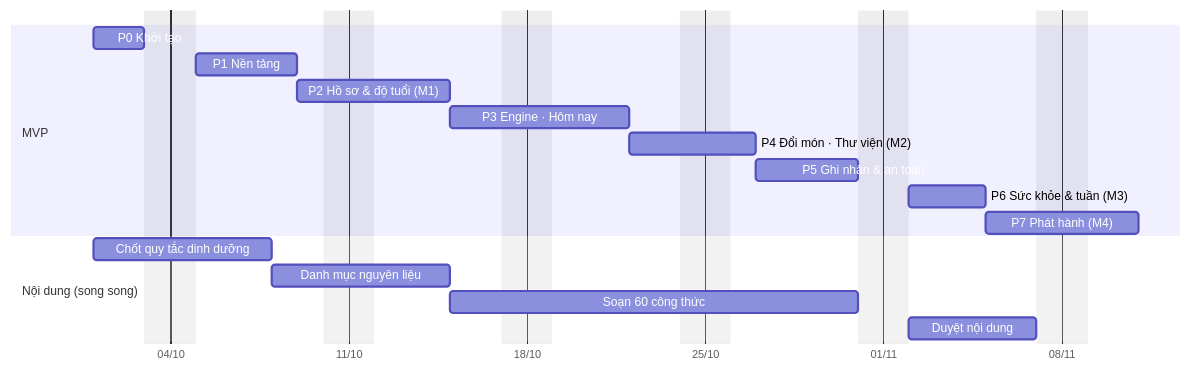
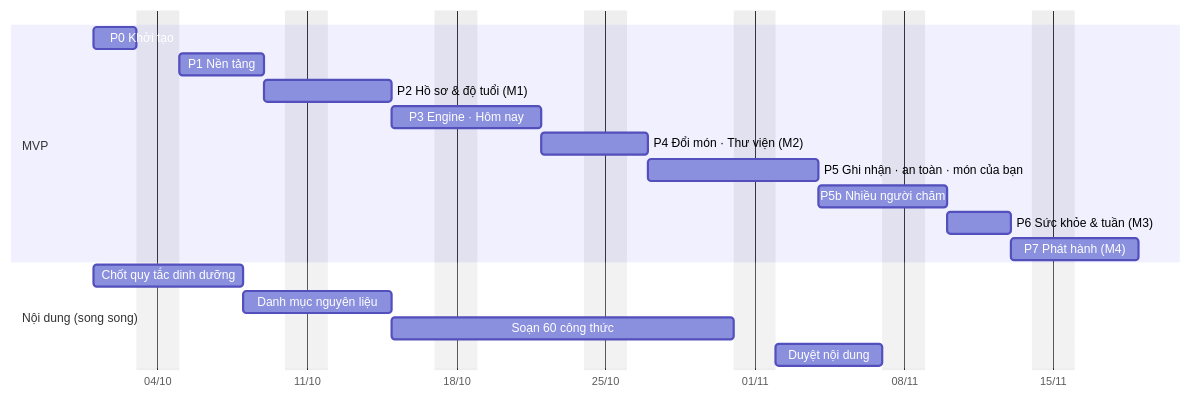
Before and after one commit to tuanpham197/andam: the diagram in docs/02-ke-hoach-trien-khai.md, drawn with Mermaid. The commit also changed other lines of this file and 195 other files, not shown here.

First line of the commit message:
P5 + P5b: meal logging, safety, "Món của bạn", several caregivers

````diff
--- a/docs/02-ke-hoach-trien-khai.md
+++ b/docs/02-ke-hoach-trien-khai.md
@@ -62,20 +64,21 @@
 ```mermaid
 gantt
   dateFormat YYYY-MM-DD
   axisFormat %d/%m
   excludes weekends
   section MVP
   P0 Khởi tạo              :p0, 2026-10-01, 2d
   P1 Nền tảng              :p1, after p0, 4d
   P2 Hồ sơ & độ tuổi (M1)  :p2, after p1, 4d
   P3 Engine · Hôm nay      :p3, after p2, 5d
   P4 Đổi món · Thư viện (M2) :p4, after p3, 3d
-  P5 Ghi nhận & an toàn    :p5, after p4, 4d
-  P6 Sức khỏe & tuần (M3)  :p6, after p5, 3d
+  P5 Ghi nhận · an toàn · món của bạn :p5, after p4, 6d
+  P5b Nhiều người chăm     :p5b, after p5, 4d
+  P6 Sức khỏe & tuần (M3)  :p6, after p5b, 3d
   P7 Phát hành (M4)        :p7, after p6, 4d
   section Nội dung (song song)
   Chốt quy tắc dinh dưỡng  :c0, 2026-10-01, 5d
   Danh mục nguyên liệu     :c1, after c0, 5d
   Soạn 60 công thức        :c2, after c1, 12d
   Duyệt nội dung           :c3, after c2, 5d
 ```
````
